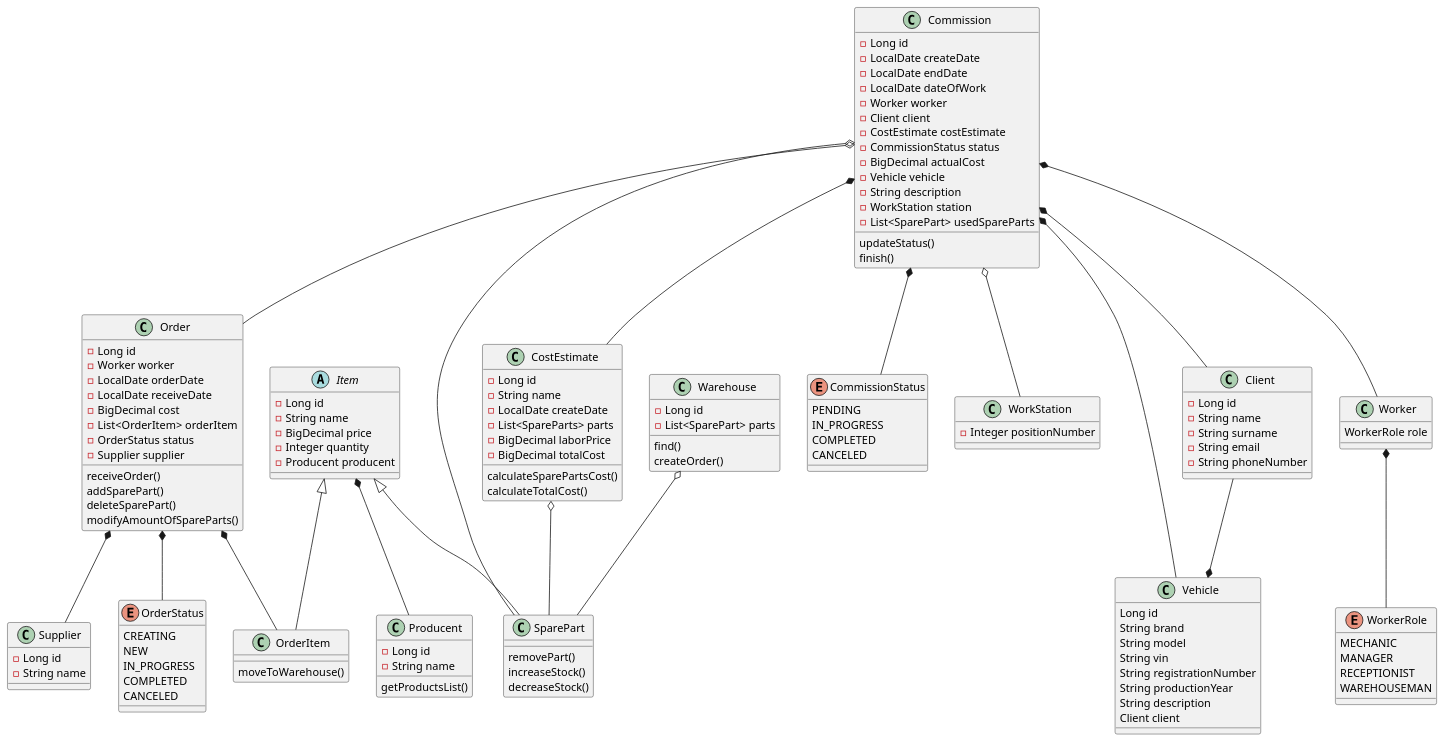
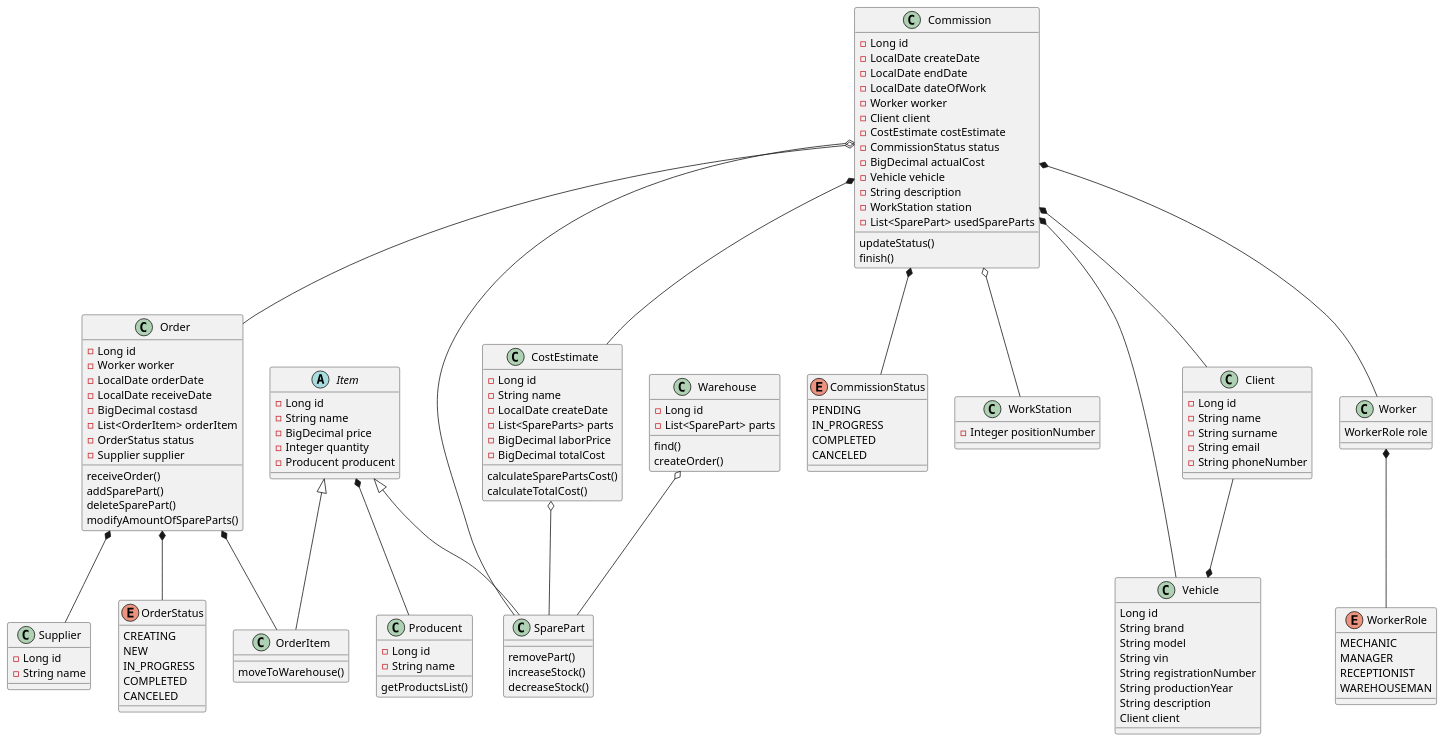
Before and after one commit to WojciechGos/Car-Service: the diagram in src/main/java/com/carservice/CarService/main.puml, drawn with PlantUML.

Commit message:
update: relations

```diff
--- a/src/main/java/com/carservice/CarService/main.puml
+++ b/src/main/java/com/carservice/CarService/main.puml
@@ -1,198 +1,198 @@
  @startuml
 'https://plantuml.com/class-diagram
 class Order {
     - Long id
     - Worker worker
     - LocalDate orderDate
     - LocalDate receiveDate
-    - BigDecimal cost
+    - BigDecimal costasd
     - List<OrderItem> orderItem
     - OrderStatus status
     - Supplier supplier
 
     'For warehouseman to set status COMPLETED
     receiveOrder()
     addSparePart()
     deleteSparePart()
     modifyAmountOfSpareParts()
 }
 
 class Commission {
     - Long id
     - LocalDate createDate
     - LocalDate endDate
     'pokrywa sie z podnosnikami
     - LocalDate dateOfWork
     - Worker worker
     - Client client
     - CostEstimate costEstimate
     - CommissionStatus status
     - BigDecimal actualCost
     - Vehicle vehicle
     - String description
     - WorkStation station
     - List<SparePart> usedSpareParts
 
 
     updateStatus()
     finish()
 
 }
 
 
 class Producent {
     - Long id
     - String name
 
     getProductsList()
 }
 
 class Supplier {
     - Long id
     - String name
 }
 
 
 class CostEstimate {
     - Long id
     - String name
     - LocalDate createDate
     - List<SpareParts> parts
     - BigDecimal laborPrice
     - BigDecimal totalCost
 
     calculateSparePartsCost()
     calculateTotalCost()
 }
 
 
 enum CommissionStatus{
     PENDING
     IN_PROGRESS
     COMPLETED
     CANCELED
 }
 
 'car lift station
 class WorkStation {
     - Integer positionNumber
 }
 
 
 
 class Vehicle {
     Long id
     String brand
     String model
     String vin
     String registrationNumber
     String productionYear
     String description
     Client client
 }
 
 
 enum WorkerRole {
     MECHANIC
     MANAGER
     RECEPTIONIST
     WAREHOUSEMAN
 }
 
 class Worker {
     WorkerRole role
 }
 
 enum OrderStatus {
     CREATING
     NEW
     IN_PROGRESS
     COMPLETED
     CANCELED
 }
 
 'Our warehouse
 class Warehouse {
     - Long id
     - List<SparePart> parts
 
     find()
     createOrder()
 }
 
 abstract class Item {
     - Long id
     - String name
     - BigDecimal price
     - Integer quantity
     - Producent producent
 }
 'Spare part that is not in warehouse
 class OrderItem extends Item {
     moveToWarehouse()
 }
 'Spare part that is actually in warehouse
 class SparePart extends Item {
     removePart()
     increaseStock()
     decreaseStock()
 }
 
 
 
 
 class Client {
     - Long id
     - String name
     - String surname
     - String email
     - String phoneNumber
 
 }
 
 
 
 
 Item *-- Producent
 
 Commission *-- Client
 Commission *-- Worker
 Commission *-- Vehicle
 Commission *-- CostEstimate
 Commission *-- CommissionStatus
 Commission o-- WorkStation
 Commission o-- Order
 Commission o-- SparePart
 
 Client --* Vehicle
 
 CostEstimate o-- SparePart
 
 Order *-- OrderItem
 Order *-- OrderStatus
 Order *-- Supplier
 
 Worker *-- WorkerRole
 
 Warehouse o-- SparePart
 
 'abstract class AbstractList
 'abstract AbstractCollection
 'interface List
 'interface Collection
 '
 '
 '
 'List <|-- AbstractList
 'Collection <|-- AbstractCollection
 '
 'Collection <|- List
 'AbstractCollection <|- AbstractList
 'AbstractList <|-- ArrayList
 '
 'class ArrayList {
 'Object[] elementData
 'size()
 '}
 
 @enduml
```
